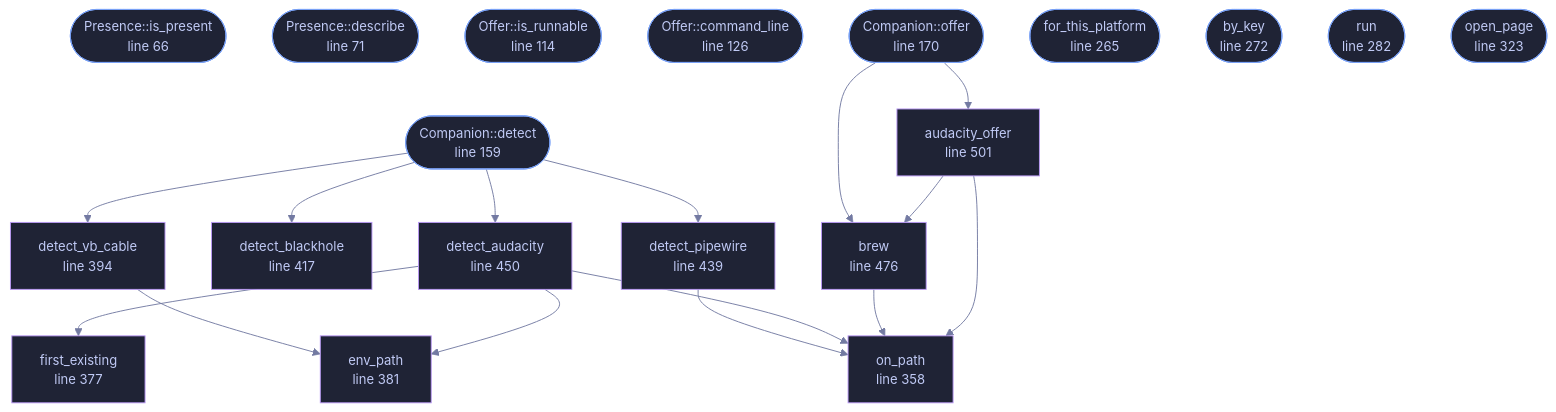
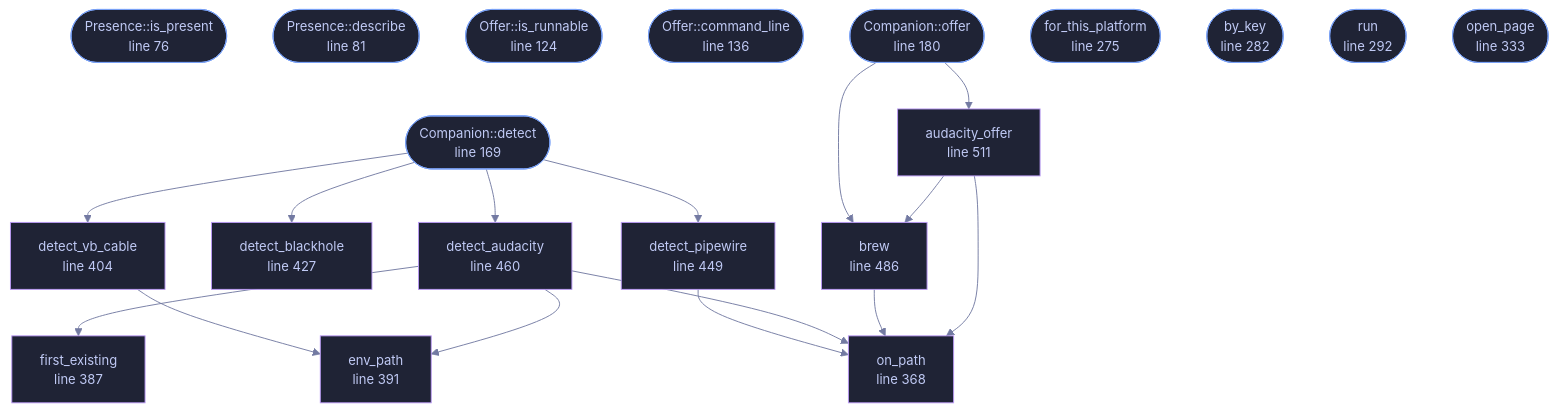
Before and after one commit to tilas01/veilvoice: the diagram in docs/files/veilvoice-setup/companions.md, drawn with Mermaid. The commit also changed other lines of this file and 487 other files, not shown here.

````diff
--- a/docs/files/veilvoice-setup/companions.md
+++ b/docs/files/veilvoice-setup/companions.md
@@ -109,60 +120,60 @@
 ```mermaid
 %%{init: {"theme":"base","themeVariables":{"background":"#1a1b26","primaryColor":"#1f2335","primaryTextColor":"#c0caf5","primaryBorderColor":"#7aa2f7","secondaryColor":"#16161e","tertiaryColor":"#16161e","lineColor":"#737aa2","textColor":"#c0caf5","mainBkg":"#1f2335","nodeBorder":"#7aa2f7","clusterBkg":"#16161e","clusterBorder":"#2f3549","fontFamily":"ui-monospace, SFMono-Regular, Consolas, monospace","fontSize":"14px"}}}%%
 flowchart TD
-    n_is_present(["Presence::is_present<br/>line 66"])
-    n_describe(["Presence::describe<br/>line 71"])
-    n_is_runnable(["Offer::is_runnable<br/>line 114"])
-    n_command_line(["Offer::command_line<br/>line 126"])
-    n_detect(["Companion::detect<br/>line 159"])
-    n_offer(["Companion::offer<br/>line 170"])
-    n_for_this_platform(["for_this_platform<br/>line 265"])
-    n_by_key(["by_key<br/>line 272"])
-    n_run(["run<br/>line 282"])
-    n_open_page(["open_page<br/>line 323"])
-    n_on_path["on_path<br/>line 358"]
-    n_first_existing["first_existing<br/>line 377"]
-    n_env_path["env_path<br/>line 381"]
-    n_detect_vb_cable["detect_vb_cable<br/>line 394"]
-    n_detect_blackhole["detect_blackhole<br/>line 417"]
-    n_detect_pipewire["detect_pipewire<br/>line 439"]
-    n_detect_audacity["detect_audacity<br/>line 450"]
-    n_brew["brew<br/>line 476"]
-    n_audacity_offer["audacity_offer<br/>line 501"]
+    n_is_present(["Presence::is_present<br/>line 76"])
+    n_describe(["Presence::describe<br/>line 81"])
+    n_is_runnable(["Offer::is_runnable<br/>line 124"])
+    n_command_line(["Offer::command_line<br/>line 136"])
+    n_detect(["Companion::detect<br/>line 169"])
+    n_offer(["Companion::offer<br/>line 180"])
+    n_for_this_platform(["for_this_platform<br/>line 275"])
+    n_by_key(["by_key<br/>line 282"])
+    n_run(["run<br/>line 292"])
+    n_open_page(["open_page<br/>line 333"])
+    n_on_path["on_path<br/>line 368"]
+    n_first_existing["first_existing<br/>line 387"]
+    n_env_path["env_path<br/>line 391"]
+    n_detect_vb_cable["detect_vb_cable<br/>line 404"]
+    n_detect_blackhole["detect_blackhole<br/>line 427"]
+    n_detect_pipewire["detect_pipewire<br/>line 449"]
+    n_detect_audacity["detect_audacity<br/>line 460"]
+    n_brew["brew<br/>line 486"]
+    n_audacity_offer["audacity_offer<br/>line 511"]
     n_audacity_offer --> n_brew
     n_audacity_offer --> n_on_path
     n_brew --> n_on_path
     n_detect --> n_detect_audacity
     n_detect --> n_detect_blackhole
     n_detect --> n_detect_pipewire
     n_detect --> n_detect_vb_cable
     n_detect_audacity --> n_env_path
     n_detect_audacity --> n_first_existing
     n_detect_audacity --> n_on_path
     n_detect_pipewire --> n_on_path
     n_detect_vb_cable --> n_env_path
     n_offer --> n_audacity_offer
     n_offer --> n_brew
-    click n_is_present href "https://github.com/tilas01/veilvoice/blob/main/crates/veilvoice-setup/src/companions.rs#L66" "open the source"
-    click n_describe href "https://github.com/tilas01/veilvoice/blob/main/crates/veilvoice-setup/src/companions.rs#L71" "open the source"
-    click n_is_runnable href "https://github.com/tilas01/veilvoice/blob/main/crates/veilvoice-setup/src/companions.rs#L114" "open the source"
-    click n_command_line href "https://github.com/tilas01/veilvoice/blob/main/crates/veilvoice-setup/src/companions.rs#L126" "open the source"
-    click n_detect href "https://github.com/tilas01/veilvoice/blob/main/crates/veilvoice-setup/src/companions.rs#L159" "open the source"
-    click n_offer href "https://github.com/tilas01/veilvoice/blob/main/crates/veilvoice-setup/src/companions.rs#L170" "open the source"
-    click n_for_this_platform href "https://github.com/tilas01/veilvoice/blob/main/crates/veilvoice-setup/src/companions.rs#L265" "open the source"
-    click n_by_key href "https://github.com/tilas01/veilvoice/blob/main/crates/veilvoice-setup/src/companions.rs#L272" "open the source"
-    click n_run href "https://github.com/tilas01/veilvoice/blob/main/crates/veilvoice-setup/src/companions.rs#L282" "open the source"
-    click n_open_page href "https://github.com/tilas01/veilvoice/blob/main/crates/veilvoice-setup/src/companions.rs#L323" "open the source"
-    click n_on_path href "https://github.com/tilas01/veilvoice/blob/main/crates/veilvoice-setup/src/companions.rs#L358" "open the source"
-    click n_first_existing href "https://github.com/tilas01/veilvoice/blob/main/crates/veilvoice-setup/src/companions.rs#L377" "open the source"
-    click n_env_path href "https://github.com/tilas01/veilvoice/blob/main/crates/veilvoice-setup/src/companions.rs#L381" "open the source"
-    click n_detect_vb_cable href "https://github.com/tilas01/veilvoice/blob/main/crates/veilvoice-setup/src/companions.rs#L394" "open the source"
-    click n_detect_blackhole href "https://github.com/tilas01/veilvoice/blob/main/crates/veilvoice-setup/src/companions.rs#L417" "open the source"
-    click n_detect_pipewire href "https://github.com/tilas01/veilvoice/blob/main/crates/veilvoice-setup/src/companions.rs#L439" "open the source"
-    click n_detect_audacity href "https://github.com/tilas01/veilvoice/blob/main/crates/veilvoice-setup/src/companions.rs#L450" "open the source"
-    click n_brew href "https://github.com/tilas01/veilvoice/blob/main/crates/veilvoice-setup/src/companions.rs#L476" "open the source"
-    click n_audacity_offer href "https://github.com/tilas01/veilvoice/blob/main/crates/veilvoice-setup/src/companions.rs#L501" "open the source"
+    click n_is_present href "https://github.com/tilas01/veilvoice/blob/main/crates/veilvoice-setup/src/companions.rs#L76" "open the source"
+    click n_describe href "https://github.com/tilas01/veilvoice/blob/main/crates/veilvoice-setup/src/companions.rs#L81" "open the source"
+    click n_is_runnable href "https://github.com/tilas01/veilvoice/blob/main/crates/veilvoice-setup/src/companions.rs#L124" "open the source"
+    click n_command_line href "https://github.com/tilas01/veilvoice/blob/main/crates/veilvoice-setup/src/companions.rs#L136" "open the source"
+    click n_detect href "https://github.com/tilas01/veilvoice/blob/main/crates/veilvoice-setup/src/companions.rs#L169" "open the source"
+    click n_offer href "https://github.com/tilas01/veilvoice/blob/main/crates/veilvoice-setup/src/companions.rs#L180" "open the source"
+    click n_for_this_platform href "https://github.com/tilas01/veilvoice/blob/main/crates/veilvoice-setup/src/companions.rs#L275" "open the source"
+    click n_by_key href "https://github.com/tilas01/veilvoice/blob/main/crates/veilvoice-setup/src/companions.rs#L282" "open the source"
+    click n_run href "https://github.com/tilas01/veilvoice/blob/main/crates/veilvoice-setup/src/companions.rs#L292" "open the source"
+    click n_open_page href "https://github.com/tilas01/veilvoice/blob/main/crates/veilvoice-setup/src/companions.rs#L333" "open the source"
+    click n_on_path href "https://github.com/tilas01/veilvoice/blob/main/crates/veilvoice-setup/src/companions.rs#L368" "open the source"
+    click n_first_existing href "https://github.com/tilas01/veilvoice/blob/main/crates/veilvoice-setup/src/companions.rs#L387" "open the source"
+    click n_env_path href "https://github.com/tilas01/veilvoice/blob/main/crates/veilvoice-setup/src/companions.rs#L391" "open the source"
+    click n_detect_vb_cable href "https://github.com/tilas01/veilvoice/blob/main/crates/veilvoice-setup/src/companions.rs#L404" "open the source"
+    click n_detect_blackhole href "https://github.com/tilas01/veilvoice/blob/main/crates/veilvoice-setup/src/companions.rs#L427" "open the source"
+    click n_detect_pipewire href "https://github.com/tilas01/veilvoice/blob/main/crates/veilvoice-setup/src/companions.rs#L449" "open the source"
+    click n_detect_audacity href "https://github.com/tilas01/veilvoice/blob/main/crates/veilvoice-setup/src/companions.rs#L460" "open the source"
+    click n_brew href "https://github.com/tilas01/veilvoice/blob/main/crates/veilvoice-setup/src/companions.rs#L486" "open the source"
+    click n_audacity_offer href "https://github.com/tilas01/veilvoice/blob/main/crates/veilvoice-setup/src/companions.rs#L511" "open the source"
     classDef entry fill:#1f2335,stroke:#7aa2f7,color:#c0caf5
     class n_is_present,n_describe,n_is_runnable,n_command_line,n_detect,n_offer,n_for_this_platform,n_by_key,n_run,n_open_page entry
     classDef helper fill:#1f2335,stroke:#bb9af7,color:#c0caf5
     class n_on_path,n_first_existing,n_env_path,n_detect_vb_cable,n_detect_blackhole,n_detect_pipewire,n_detect_audacity,n_brew,n_audacity_offer helper
 ```
````
